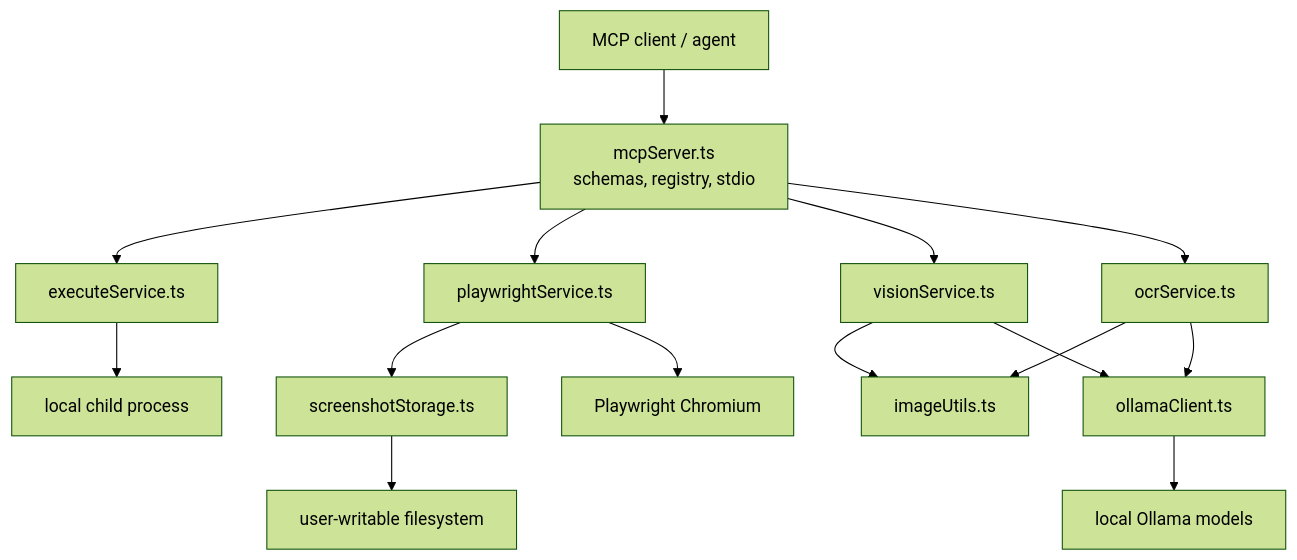
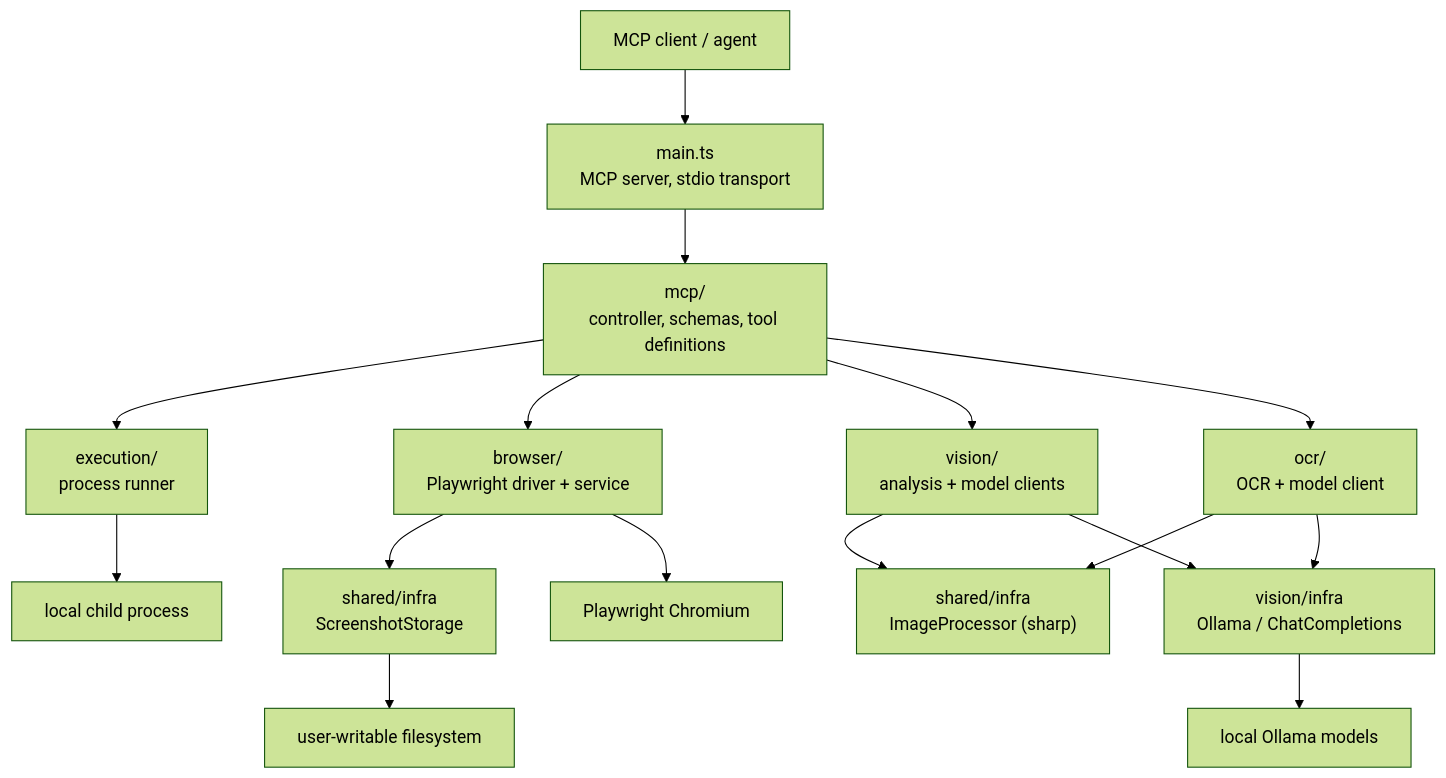
One commit to MAMISHO/browserlens changed the fourth of 4 diagrams in README.md. Above: the diagram before and after it, drawn with Mermaid (forest theme). The commit also changed other lines of this file and 5 other files, not shown here.

````diff
--- a/README.md
+++ b/README.md
@@ -660,17 +687,18 @@
 ```mermaid
 flowchart TB
-  Client["MCP client / agent"] --> Server["mcpServer.ts<br/>schemas, registry, stdio"]
-  Server --> Execute["executeService.ts"]
-  Server --> Browser["playwrightService.ts"]
-  Server --> Vision["visionService.ts"]
-  Server --> OCR["ocrService.ts"]
-  Browser --> Storage["screenshotStorage.ts"]
-  Vision --> Images["imageUtils.ts"]
+  Client["MCP client / agent"] --> Server["main.ts<br/>MCP server, stdio transport"]
+  Server --> Mcp["mcp/<br/>controller, schemas, tool definitions"]
+  Mcp --> Execute["execution/<br/>process runner"]
+  Mcp --> Browser["browser/<br/>Playwright driver + service"]
+  Mcp --> Vision["vision/<br/>analysis + model clients"]
+  Mcp --> OCR["ocr/<br/>OCR + model client"]
+  Browser --> Storage["shared/infra<br/>ScreenshotStorage"]
+  Vision --> Images["shared/infra<br/>ImageProcessor (sharp)"]
   OCR --> Images
-  Vision --> Ollama["ollamaClient.ts"]
+  Vision --> Ollama["vision/infra<br/>Ollama / ChatCompletions"]
   OCR --> Ollama
   Execute --> Process["local child process"]
   Browser --> Chromium["Playwright Chromium"]
   Storage --> Filesystem["user-writable filesystem"]
   Ollama --> LocalModels["local Ollama models"]
 ```
````
